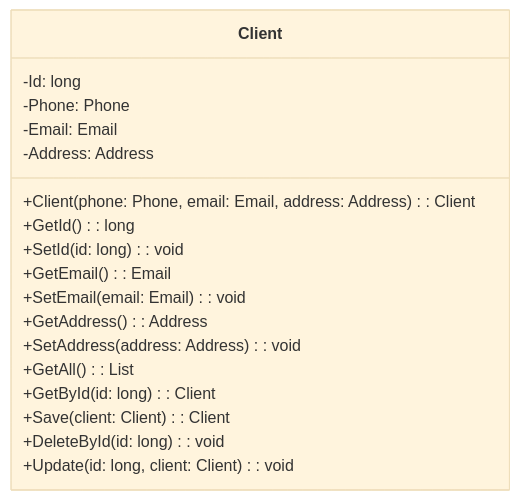
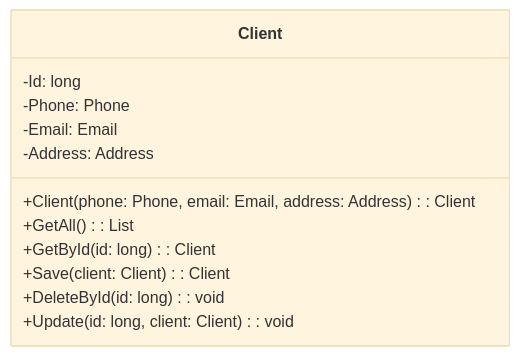
One commit to AndreLucas0/diagrama-de-classes-projeto-integrador changed the first of 17 diagrams in Classes.md. Above: the diagram before and after it, drawn with Mermaid (base theme). The commit also changed other lines of this file, not shown here.

Commit message:
diagrama de classes sem relacoes finalizado

````diff
--- a/Classes.md
+++ b/Classes.md
@@ -1,21 +1,15 @@
 ```mermaid
 classDiagram
     class Client {
         -Id: long
         -Phone: Phone
         -Email: Email
         -Address: Address
         +Client (phone: Phone, email: Email, address: Address): Client
-        +GetId (): long
-        +SetId (id: long): void
-        +GetEmail (): Email
-        +SetEmail (email: Email): void
-        +GetAddress (): Address
-        +SetAddress (address: Address): void
         +GetAll (): List<Client>
         +GetById (id: long): Client
         +Save (client: Client): Client
         +DeleteById (id: long): void
         +Update (id: long, client: Client): void
     }
 ```
````
